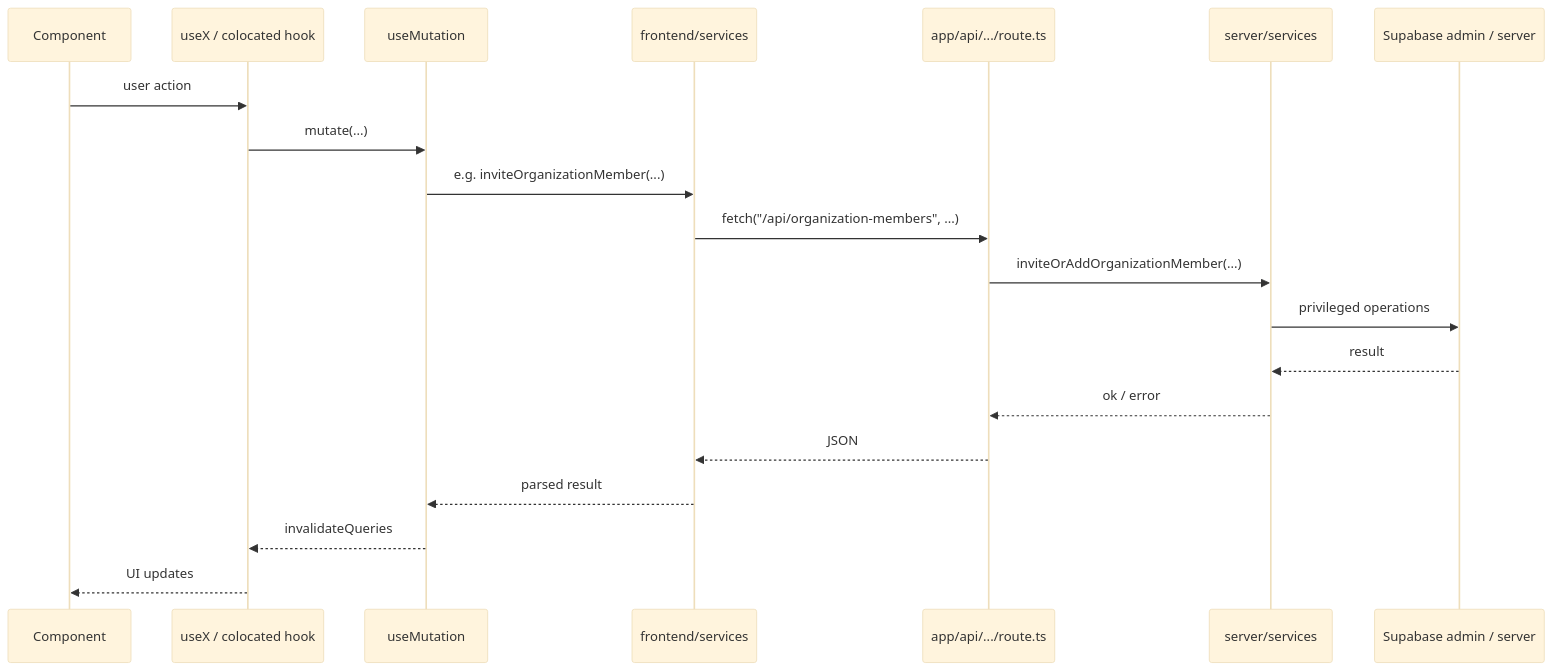
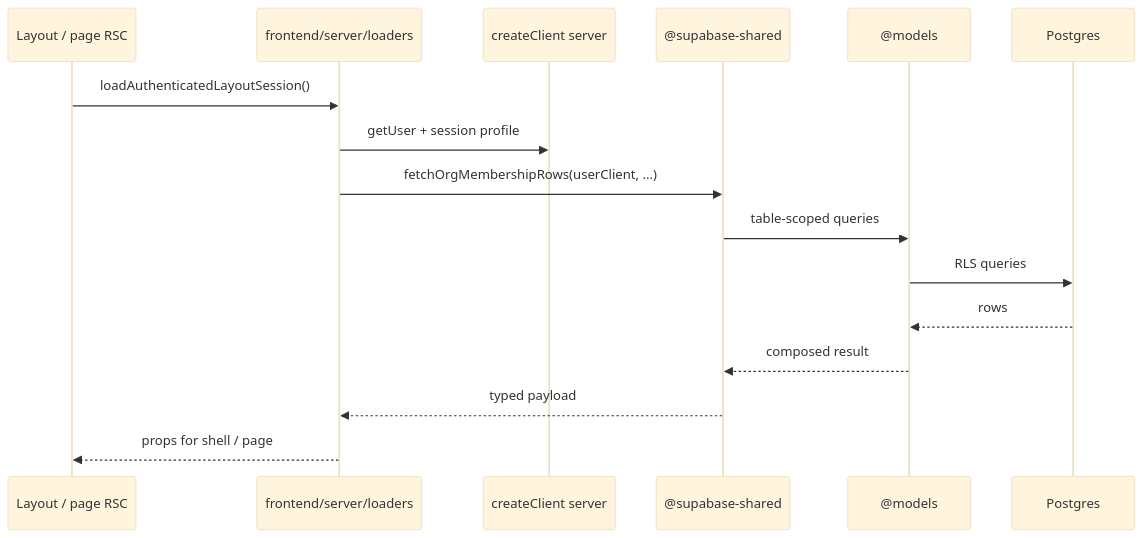
Before and after one commit to lcorbitt/containerly-app: the fourth of 4 diagrams in docs/architecture-frontend-backend.md, drawn with Mermaid (base theme). The commit also changed other lines of this file and 286 other files, not shown here.

````diff
--- a/docs/architecture-frontend-backend.md
+++ b/docs/architecture-frontend-backend.md
@@ -263,23 +275,19 @@
 ```mermaid
 sequenceDiagram
-  participant Comp as Component
-  participant Hook as useX / colocated hook
-  participant Mut as useMutation
-  participant FS as frontend/services
-  participant Route as app/api/.../route.ts
-  participant SS as server/services
-  participant DB as Supabase admin / server
+  participant RSC as Layout / page RSC
+  participant Loader as frontend/server/loaders
+  participant Next as createClient server
+  participant Lib as @supabase-shared
+  participant Models as @models
+  participant DB as Postgres
 
-  Comp->>Hook: user action
-  Hook->>Mut: mutate(...)
-  Mut->>FS: e.g. inviteOrganizationMember(...)
-  FS->>Route: fetch("/api/organization-members", ...)
-  Route->>SS: inviteOrAddOrganizationMember(...)
-  SS->>DB: privileged operations
-  DB-->>SS: result
-  SS-->>Route: ok / error
-  Route-->>FS: JSON
-  FS-->>Mut: parsed result
-  Mut-->>Hook: invalidateQueries
-  Hook-->>Comp: UI updates
+  RSC->>Loader: loadAuthenticatedLayoutSession()
+  Loader->>Next: getUser + session profile
+  Loader->>Lib: fetchOrgMembershipRows(userClient, ...)
+  Lib->>Models: table-scoped queries
+  Models->>DB: RLS queries
+  DB-->>Models: rows
+  Models-->>Lib: composed result
+  Lib-->>Loader: typed payload
+  Loader-->>RSC: props for shell / page
 ```
````
